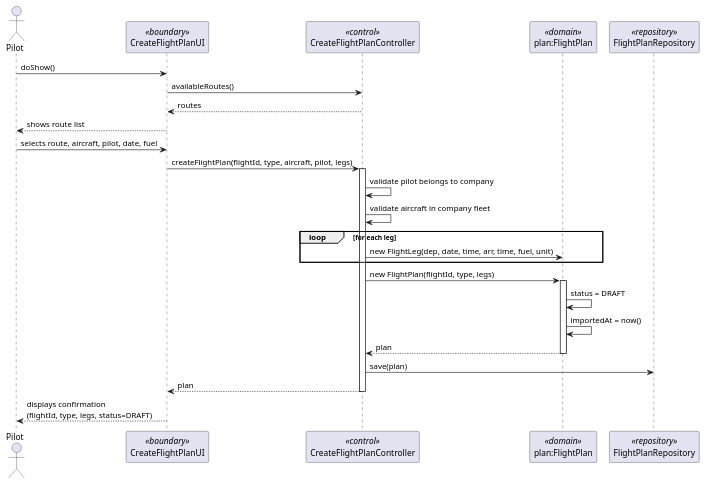
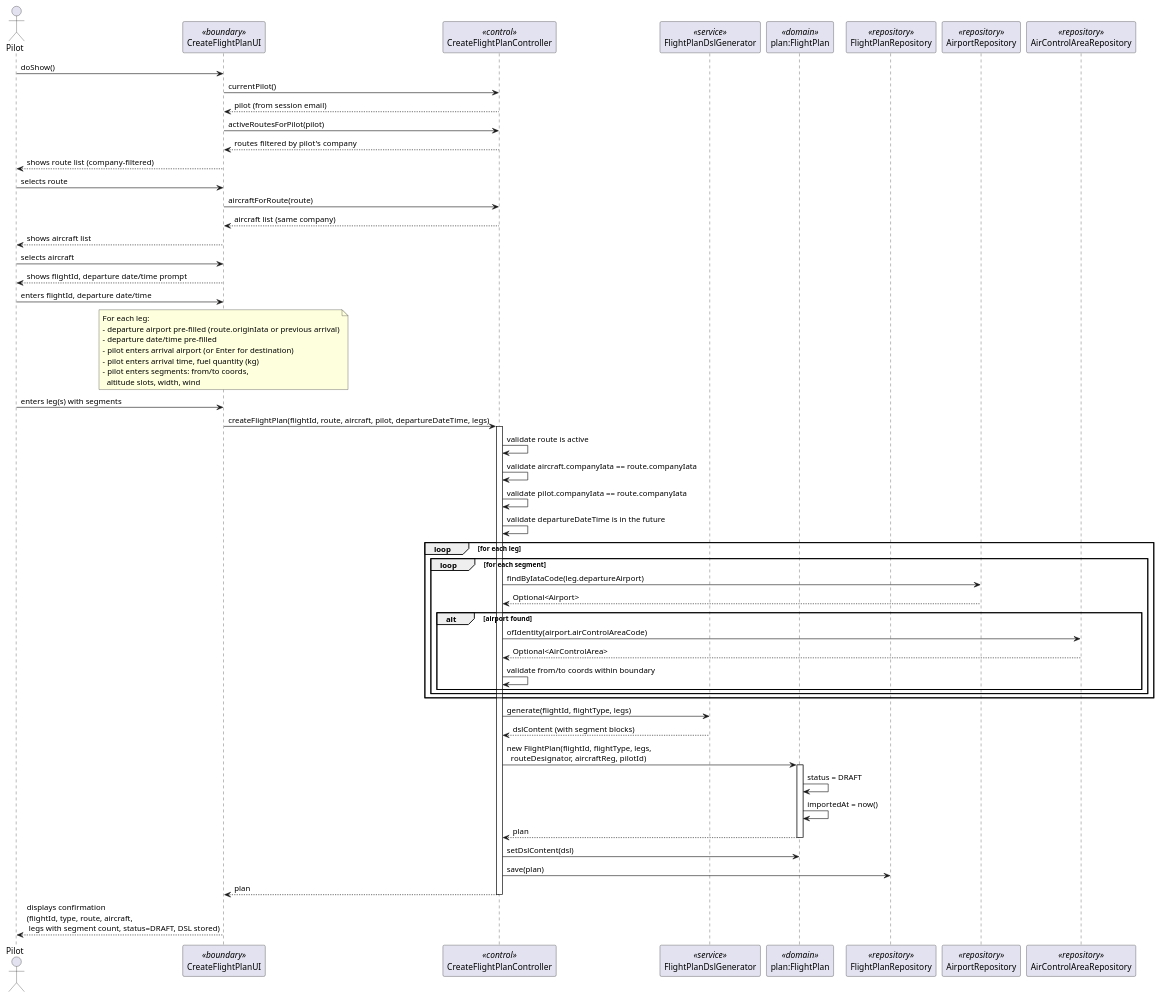
The diagram in docs/Sprint 3/EAPLI/US080/puml/US080-sequence-diagram.puml (DuartePinto1240/sem4pi2526-sem4pi2526_2da2), drawn with PlantUML before and after one commit. The commit also changed 9 other files, not shown here.

```diff
--- a/docs/Sprint 3/EAPLI/US080/puml/US080-sequence-diagram.puml
+++ b/docs/Sprint 3/EAPLI/US080/puml/US080-sequence-diagram.puml
@@ -1,36 +1,78 @@
 @startuml
 actor Pilot
 participant CreateFlightPlanUI as UI <<boundary>>
 participant CreateFlightPlanController as CTRL <<control>>
+participant FlightPlanDslGenerator as DSL <<service>>
 participant "plan:FlightPlan" as PLAN <<domain>>
 participant FlightPlanRepository as REPO <<repository>>
+participant AirportRepository as AREPO <<repository>>
+participant AirControlAreaRepository as ACREPO <<repository>>
 
 Pilot -> UI : doShow()
-UI -> CTRL : availableRoutes()
-CTRL --> UI : routes
-UI --> Pilot : shows route list
 
-Pilot -> UI : selects route, aircraft, pilot, date, fuel
-UI -> CTRL : createFlightPlan(flightId, type, aircraft, pilot, legs)
+UI -> CTRL : currentPilot()
+CTRL --> UI : pilot (from session email)
+
+UI -> CTRL : activeRoutesForPilot(pilot)
+CTRL --> UI : routes filtered by pilot's company
+
+UI --> Pilot : shows route list (company-filtered)
+Pilot -> UI : selects route
+
+UI -> CTRL : aircraftForRoute(route)
+CTRL --> UI : aircraft list (same company)
+UI --> Pilot : shows aircraft list
+Pilot -> UI : selects aircraft
+
+UI --> Pilot : shows flightId, departure date/time prompt
+Pilot -> UI : enters flightId, departure date/time
+
+note over UI
+  For each leg:
+  - departure airport pre-filled (route.originIata or previous arrival)
+  - departure date/time pre-filled
+  - pilot enters arrival airport (or Enter for destination)
+  - pilot enters arrival time, fuel quantity (kg)
+  - pilot enters segments: from/to coords,
+    altitude slots, width, wind
+end note
+
+Pilot -> UI : enters leg(s) with segments
+
+UI -> CTRL : createFlightPlan(flightId, route, aircraft, pilot, departureDateTime, legs)
 activate CTRL
 
-CTRL -> CTRL : validate pilot belongs to company
-CTRL -> CTRL : validate aircraft in company fleet
+CTRL -> CTRL : validate route is active
+CTRL -> CTRL : validate aircraft.companyIata == route.companyIata
+CTRL -> CTRL : validate pilot.companyIata == route.companyIata
+CTRL -> CTRL : validate departureDateTime is in the future
 
 loop for each leg
-    CTRL -> PLAN : new FlightLeg(dep, date, time, arr, time, fuel, unit)
+    loop for each segment
+        CTRL -> AREPO : findByIataCode(leg.departureAirport)
+        AREPO --> CTRL : Optional<Airport>
+        alt airport found
+            CTRL -> ACREPO : ofIdentity(airport.airControlAreaCode)
+            ACREPO --> CTRL : Optional<AirControlArea>
+            CTRL -> CTRL : validate from/to coords within boundary
+        end
+    end
 end
 
-CTRL -> PLAN : new FlightPlan(flightId, type, legs)
+CTRL -> DSL : generate(flightId, flightType, legs)
+DSL --> CTRL : dslContent (with segment blocks)
+
+CTRL -> PLAN : new FlightPlan(flightId, flightType, legs,\n  routeDesignator, aircraftReg, pilotId)
 activate PLAN
 PLAN -> PLAN : status = DRAFT
 PLAN -> PLAN : importedAt = now()
 PLAN --> CTRL : plan
 deactivate PLAN
 
+CTRL -> PLAN : setDslContent(dsl)
 CTRL -> REPO : save(plan)
 CTRL --> UI : plan
 deactivate CTRL
 
-UI --> Pilot : displays confirmation\n(flightId, type, legs, status=DRAFT)
+UI --> Pilot : displays confirmation\n(flightId, type, route, aircraft,\n legs with segment count, status=DRAFT, DSL stored)
 @enduml
```
